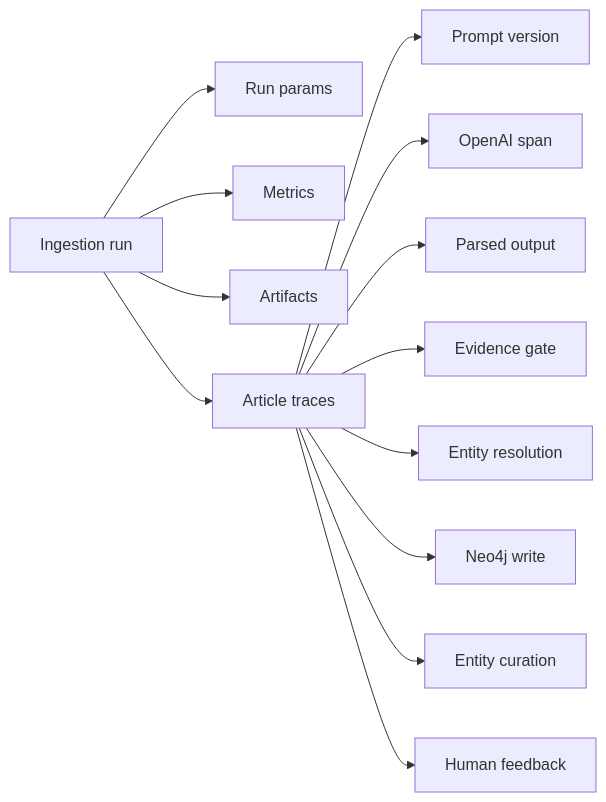
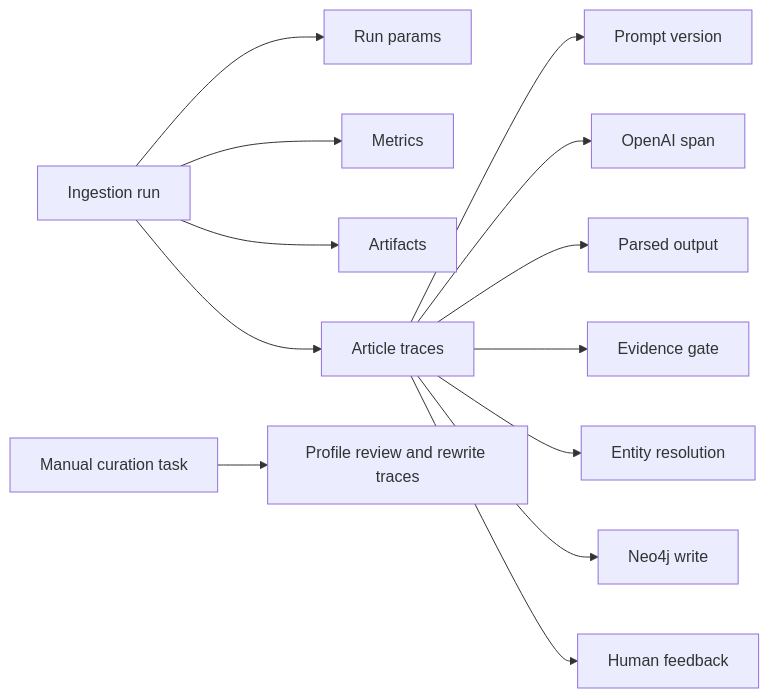
One commit to chenkel-data/Startup-Radar changed the fifth of 5 diagrams in README.md. Above: the diagram before and after it, drawn with Mermaid. The commit also changed other lines of this file and 17 other files, not shown here.

Commit message:
feat(curation): add manual entity profile curation workflow

````diff
--- a/README.md
+++ b/README.md
@@ -287,16 +292,16 @@
 ```mermaid
 flowchart LR
   Run[Ingestion run] --> A[Run params]
   Run --> M[Metrics]
   Run --> Artifacts[Artifacts]
   Run --> Traces[Article traces]
 
   Traces --> Prompt[Prompt version]
   Traces --> Model[OpenAI span]
   Traces --> Parsed[Parsed output]
   Traces --> Gate[Evidence gate]
   Traces --> Resolve[Entity resolution]
   Traces --> Write[Neo4j write]
-  Traces --> Curation[Entity curation]
   Traces --> Feedback[Human feedback]
+  CurationJob[Manual curation task] --> CurationTraces[Profile review and rewrite traces]
 ```
````
